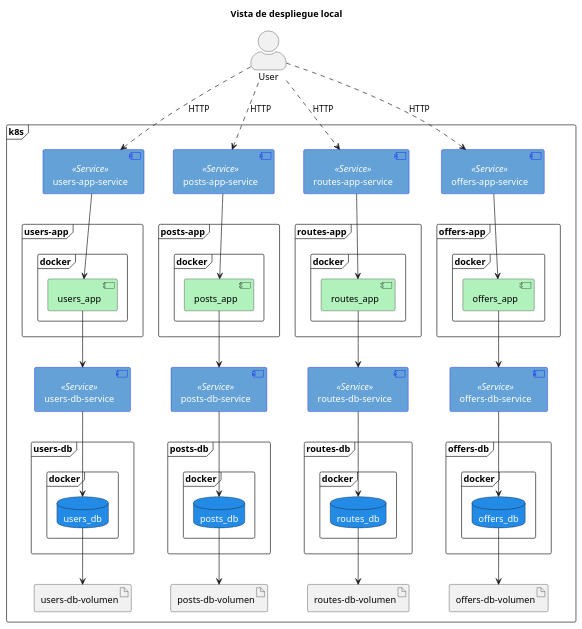
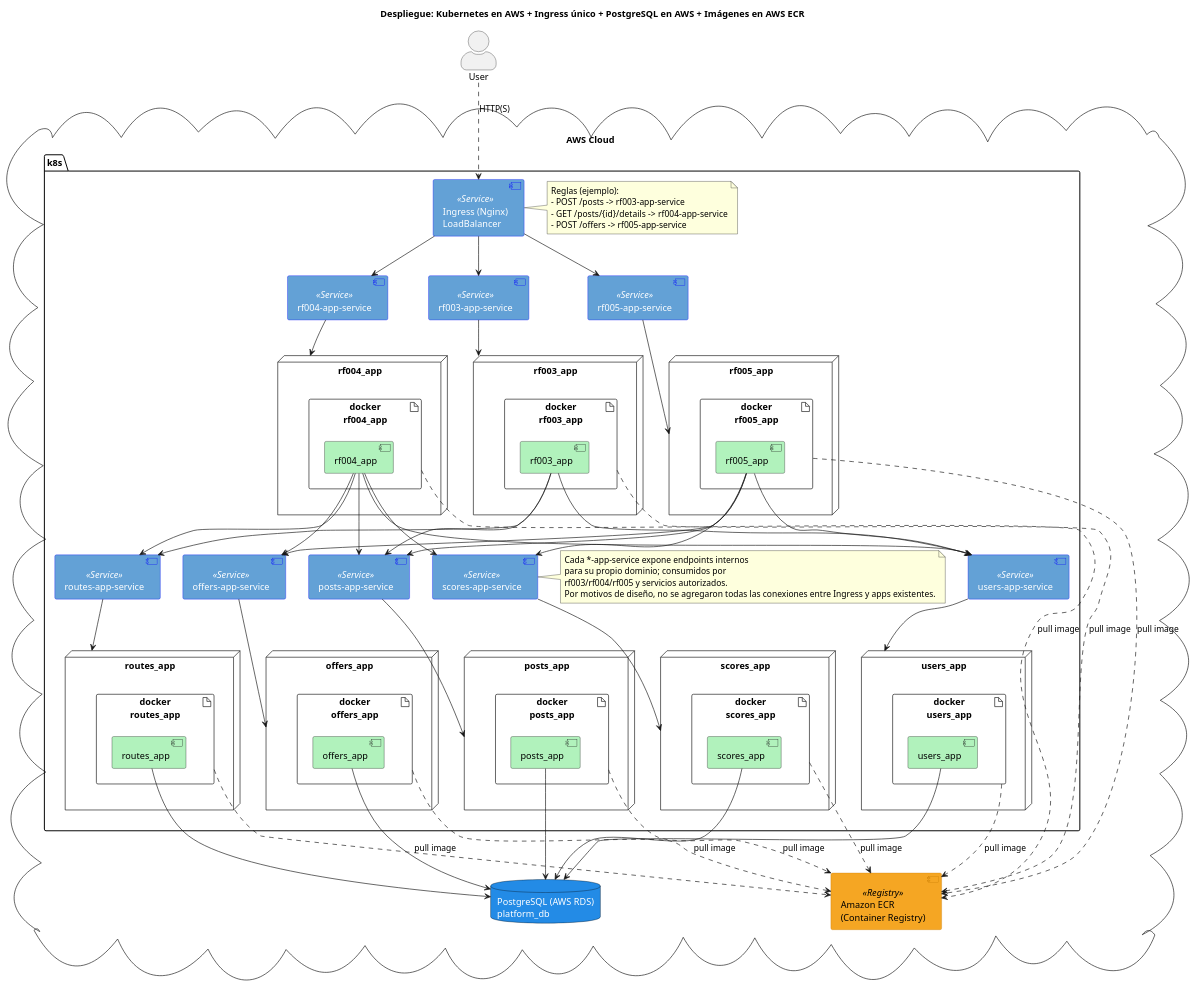
The diagram in docs/diagrams/deployment.puml (ddi4z/Cloud-native-application-development-Course), drawn with PlantUML before and after one commit.

```diff
--- a/docs/diagrams/deployment.puml
+++ b/docs/diagrams/deployment.puml
@@ -1,122 +1,168 @@
-@startuml deployment
+@startuml
 
 skinparam actorStyle awesome
 
 skinparam database {
   BackgroundColor #238be6
   BorderColor black
   FontColor white
 }
 
 skinparam component<<Service>> {
   BackgroundColor #63a1d6
   BorderColor blue
   FontColor white
 }
 
 skinparam component {
   BackgroundColor #b1f2bc
 }
 
-title "Vista de despliegue local"
+skinparam component<<Registry>> {
+  BackgroundColor #f5a623
+  BorderColor #c67a00
+  FontColor black
+}
+
+title "Despliegue: Kubernetes en AWS + Ingress único + PostgreSQL en AWS + Imágenes en AWS ECR"
 
 actor User
 
-frame "k8s" as "KubernetesCluster" {
-  ' Users app
-  component "users-app-service" as users_app_service <<Service>>
+cloud "AWS Cloud" as aws {
 
-  frame "users-app" as users-app {
-    frame "docker" {
-      component "users_app" as users_app
+  ' ======== Registro de contenedores ========
+  component "Amazon ECR\n(Container Registry)" as aws_ecr <<Registry>>
+
+  ' ======== Cluster Kubernetes (en AWS) ========
+  package "k8s" as k8s {
+
+    ' ----- Ingress único (entrada HTTP/S) -----
+    component "Ingress (Nginx)\nLoadBalancer" as ingress <<Service>>
+    note right of ingress
+      Reglas (ejemplo):
+      - POST /posts -> rf003-app-service
+      - GET  /posts/{id}/details -> rf004-app-service
+      - POST /offers -> rf005-app-service
+    end note
+
+    ' ----- Servicios de dominio (internos) -----
+    component "users-app-service"  as users_app_svc  <<Service>>
+    node "users_app"  as users_pod {
+      artifact "docker\nusers_app" as docker_users {
+        component "users_app" as users_app_comp
+      }
     }
+    users_app_svc --> users_pod
+    docker_users ..> aws_ecr : pull image
+
+    component "posts-app-service"  as posts_app_svc  <<Service>>
+    node "posts_app"  as posts_pod {
+      artifact "docker\nposts_app" as docker_posts {
+        component "posts_app" as posts_app_comp
+      }
+    }
+    posts_app_svc --> posts_pod
+    docker_posts ..> aws_ecr : pull image
+
+    component "routes-app-service" as routes_app_svc <<Service>>
+    node "routes_app" as routes_pod {
+      artifact "docker\nroutes_app" as docker_routes {
+        component "routes_app" as routes_app_comp
+      }
+    }
+    routes_app_svc --> routes_pod
+    docker_routes ..> aws_ecr : pull image
+
+    component "offers-app-service" as offers_app_svc <<Service>>
+    node "offers_app" as offers_pod {
+      artifact "docker\noffers_app" as docker_offers {
+        component "offers_app" as offers_app_comp
+      }
+    }
+    offers_app_svc --> offers_pod
+    docker_offers ..> aws_ecr : pull image
+
+    component "scores-app-service" as scores_app_svc <<Service>>
+    node "scores_app" as scores_pod {
+      artifact "docker\nscores_app" as docker_scores {
+        component "scores_app" as scores_app_comp
+      }
+    }
+    scores_app_svc --> scores_pod
+    docker_scores ..> aws_ecr : pull image
+
+    note right of scores_app_svc
+      Cada *-app-service expone endpoints internos
+      para su propio dominio; consumidos por
+      rf003/rf004/rf005 y servicios autorizados.
+      Por motivos de diseño, no se agregaron todas las conexiones entre Ingress y apps existentes.
+    end note
+
+    ' ----- APIs expuestas (RF-003..005) -----
+    component "rf003-app-service" as rf003_app_svc <<Service>>
+    node "rf003_app" as rf003_pod {
+      artifact "docker\nrf003_app" as docker_rf003 {
+        component "rf003_app" as rf003_app_comp
+      }
+    }
+    rf003_app_svc --> rf003_pod
+    docker_rf003 ..> aws_ecr : pull image
+
+    component "rf004-app-service" as rf004_app_svc <<Service>>
+    node "rf004_app" as rf004_pod {
+      artifact "docker\nrf004_app" as docker_rf004 {
+        component "rf004_app" as rf004_app_comp
+      }
+    }
+    rf004_app_svc --> rf004_pod
+    docker_rf004 ..> aws_ecr : pull image
+
+    component "rf005-app-service" as rf005_app_svc <<Service>>
+    node "rf005_app" as rf005_pod {
+      artifact "docker\nrf005_app" as docker_rf005 {
+        component "rf005_app" as rf005_app_comp
+      }
+    }
+    rf005_app_svc --> rf005_pod
+    docker_rf005 ..> aws_ecr : pull image
+
+    ' ----- Routing del Ingress único a RF Services -----
+    ingress --> rf003_app_svc
+    ingress --> rf004_app_svc
+    ingress --> rf005_app_svc
+
+    ' ----- Llamadas internas entre servicios (vía Services) -----
+    ' RF003 (no conecta con scores_app; sí con users_app)
+    rf003_app_comp --> users_app_svc
+    rf003_app_comp --> routes_app_svc
+    rf003_app_comp --> posts_app_svc
+
+    ' RF004 (incluye scores)
+    rf004_app_comp --> users_app_svc
+    rf004_app_comp --> posts_app_svc
+    rf004_app_comp --> offers_app_svc
+    rf004_app_comp --> routes_app_svc
+    rf004_app_comp --> scores_app_svc
+
+    ' RF005 (incluye scores)
+    rf005_app_comp --> users_app_svc
+    rf005_app_comp --> posts_app_svc
+    rf005_app_comp --> offers_app_svc
+    rf005_app_comp --> scores_app_svc
   }
 
-  component "users-db-service" as users_db_service <<Service>>
-  frame "users-db" as PodDbUsers {
-    frame "docker" as DockerDbUsers {
-      database "users_db" as users_db
-    }
-  }
-  artifact "users-db-volumen" as users_db_volumen
+  ' ======== Persistencia única (en AWS) ========
+  database "PostgreSQL (AWS RDS)\nplatform_db" as platform_db
 
-  users_app_service --> users_app
-  users_app --> users_db_service
-  users_db_service --> users_db
-  users_db --> users_db_volumen
-
-  ' Posts app
-  component "posts-app-service" as posts_app_service <<Service>>
-
-  frame "posts-app" as posts-app {
-    frame "docker" as DockerPosts {
-      component "posts_app" as posts_app
-    }
-  }
-
-  component "posts-db-service" as posts_db_service <<Service>>
-
-  frame "posts-db" as PodDbPosts {
-    frame "docker" as DockerDbPosts {
-      database "posts_db" as posts_db
-    }
-  }
-  artifact "posts-db-volumen" as posts_db_volumen
-
-  posts_app_service --> posts_app
-  posts_app --> posts_db_service
-  posts_db_service --> posts_db
-  posts_db --> posts_db_volumen
-
-  ' Routes app
-  component "routes-app-service" as routes_app_service <<Service>>
-
-  frame "routes-app" as routes-app {
-    frame "docker" as DockerRoutes {
-      component "routes_app" as routes_app
-    }
-  }
-
-  component "routes-db-service" as routes_db_service <<Service>>
-
-  frame "routes-db" as PodDbRoutes {
-    frame "docker" as DockerDbRoutes {
-      database "routes_db" as routes_db
-    }
-  }
-  artifact "routes-db-volumen" as routes_db_volumen
-  
-  routes_app_service --> routes_app
-  routes_app --> routes_db_service
-  routes_db_service --> routes_db
-  routes_db --> routes_db_volumen
-
-  ' Offers app
-  component "offers-app-service" as offers_app_service <<Service>>
-
-  frame "offers-app" as offers-app {
-    frame "docker" as DockerOffers {
-      component "offers_app" as offers_app
-    }
-  }
-  component "offers-db-service" as offers_db_service <<Service>>
-
-  frame "offers-db" as PodDbOffers {
-    frame "docker" as DockerDbOffers {
-      database "offers_db" as offers_db
-    }
-  }
-  artifact "offers-db-volumen" as offers_db_volumen 
-
-  offers_app_service --> offers_app
-  offers_app --> offers_db_service
-  offers_db_service --> offers_db
-  offers_db --> offers_db_volumen
+  ' Acceso a BD desde las apps (dentro de los contenedores)
+  users_app_comp  --> platform_db
+  routes_app_comp --> platform_db
+  posts_app_comp  --> platform_db
+  offers_app_comp --> platform_db
+  scores_app_comp --> platform_db
 }
 
-User ..> users_app_service: HTTP
-User ..> posts_app_service: HTTP
-User ..> offers_app_service: HTTP
-User ..> routes_app_service: HTTP
+' ======== Tráfico externo (User → Ingress único) ========
+User ..> ingress : HTTP(S)
 
 @enduml
```
